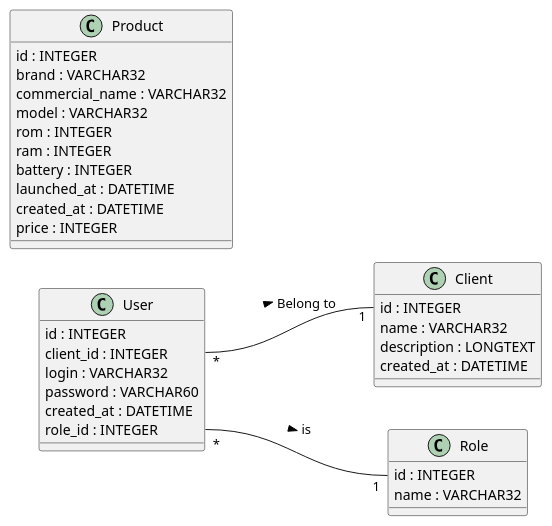
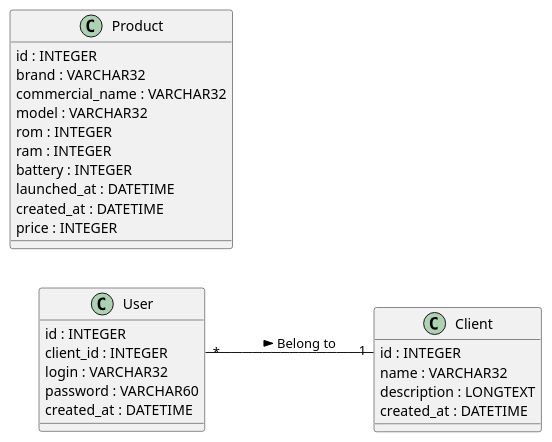
Before and after one commit to Xwyk/BileMo: the diagram in diagrams/dbModel.puml, drawn with PlantUML.

Commit message:
diagram update

```diff
--- a/diagrams/dbModel.puml
+++ b/diagrams/dbModel.puml
@@ -1,40 +1,34 @@
 @startuml
 'https://plantuml.com/class-diagram
 
 left to right direction
 
 class User {
   id : INTEGER
   client_id : INTEGER
   login : VARCHAR32
   password : VARCHAR60
   created_at : DATETIME
-  role_id : INTEGER
-}
-class Role{
-  id : INTEGER
-  name : VARCHAR32
 }
 class Client{
   id : INTEGER
   name : VARCHAR32
   description : LONGTEXT
   created_at : DATETIME
  }
 class Product{
   id : INTEGER
   brand : VARCHAR32
   commercial_name : VARCHAR32
   model : VARCHAR32
   rom : INTEGER
   ram : INTEGER
   battery : INTEGER
   launched_at : DATETIME
   created_at : DATETIME
   price : INTEGER
 }
 
 User::client_id "*" -- "1" Client::id : Belong to >
-User::role_id "*" -- "1" Role::id : is >
 
 @enduml
```
